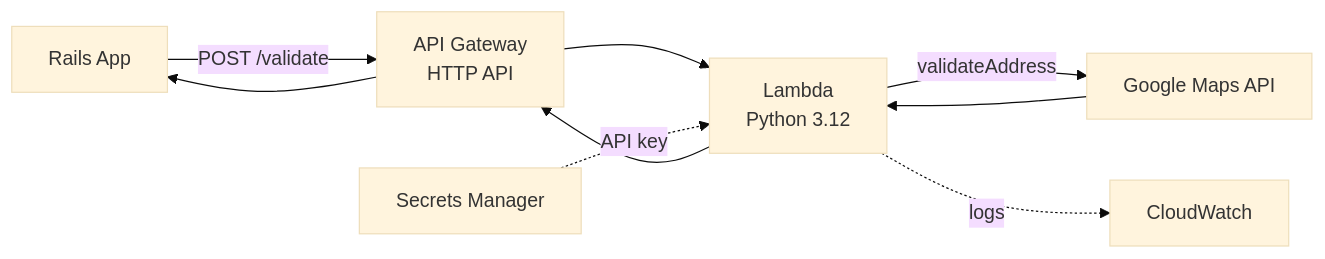
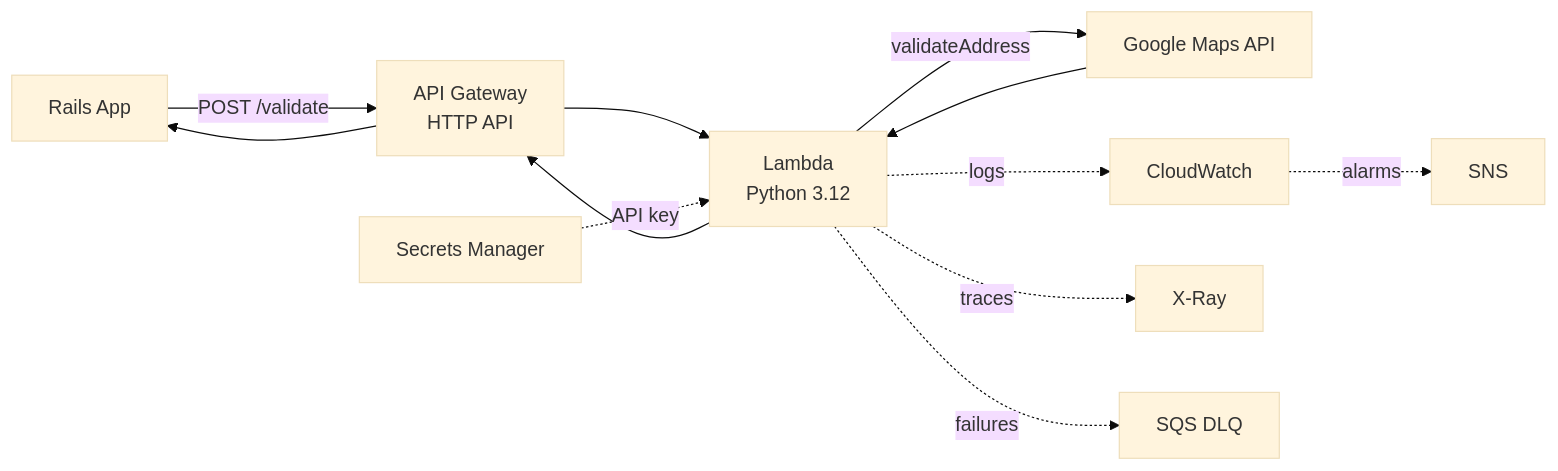
Before and after one commit to mcrundo/address-validator: the diagram in README.md, drawn with Mermaid (base theme). The commit also changed other lines of this file and 1 other file, not shown here.

Commit message:
Update docs for setup, SQS, X-Ray, SNS

````diff
--- a/README.md
+++ b/README.md
@@ -7,12 +7,15 @@
 ```mermaid
 flowchart LR
     A[Rails App] -->|POST /validate| B[API Gateway<br/>HTTP API]
     B --> C[Lambda<br/>Python 3.12]
     C -->|validateAddress| D[Google Maps API]
     D --> C
     C --> B
     B --> A
 
     E[Secrets Manager] -.->|API key| C
     C -.->|logs| F[CloudWatch]
+    C -.->|traces| G[X-Ray]
+    C -.->|failures| H[SQS DLQ]
+    F -.->|alarms| I[SNS]
 ```
````
